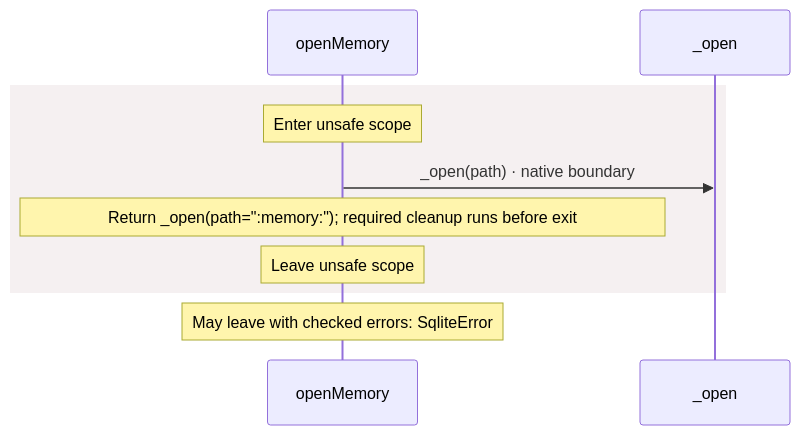
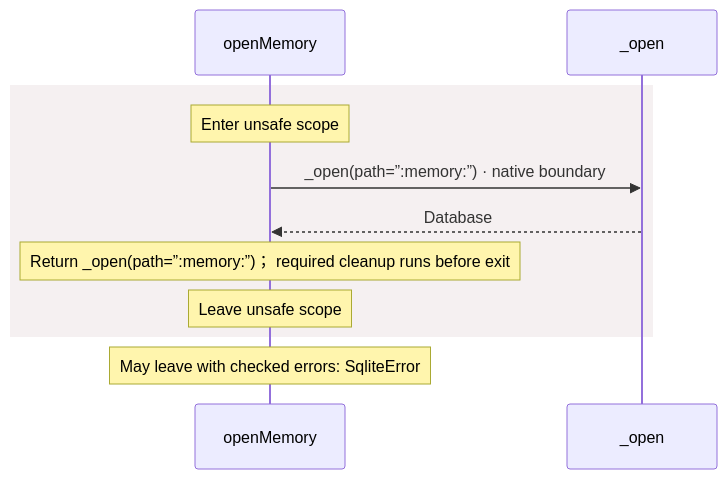
The fifth of 7 diagrams in docs/examples/native-sqlite/dependencies/packages/@greenpandastudios/aug-sqlite/0.1.5/api-diagrams.md (GreenPandaStudios/augscript), drawn with Mermaid before and after one commit. The commit also changed other lines of this file and 524 other files, not shown here.

Commit message:
Explain checked data flow at folder and service levels

````diff
--- a/docs/examples/native-sqlite/dependencies/packages/@greenpandastudios/aug-sqlite/0.1.5/api-diagrams.md
+++ b/docs/examples/native-sqlite/dependencies/packages/@greenpandastudios/aug-sqlite/0.1.5/api-diagrams.md
@@ -150,12 +131,13 @@
 ```mermaid
 sequenceDiagram
     participant p0 as openMemory
     participant p1 as _open
     rect rgb(245, 240, 241)
     Note over p0: Enter unsafe scope
-    p0->>p1: _open(path) · native boundary
-    Note over p0: Return _open(path=#34;:memory:#34;)#59; required cleanup runs before exit
+    p0->>p1: _open(path=”:memory:”) · native boundary
+    p1-->>p0: Database
+    Note over p0: Return _open(path=”:memory:”)； required cleanup runs before exit
     Note over p0: Leave unsafe scope
     end
     Note over p0: May leave with checked errors: SqliteError
 ```
````
